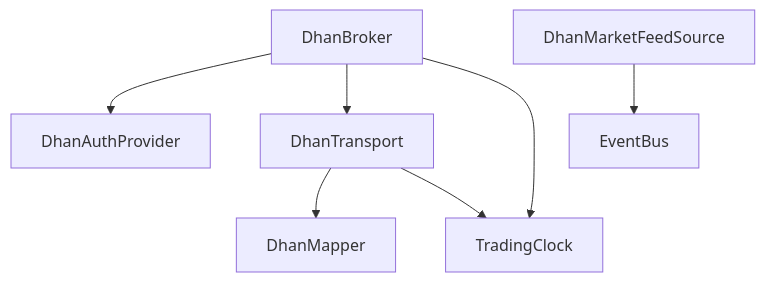
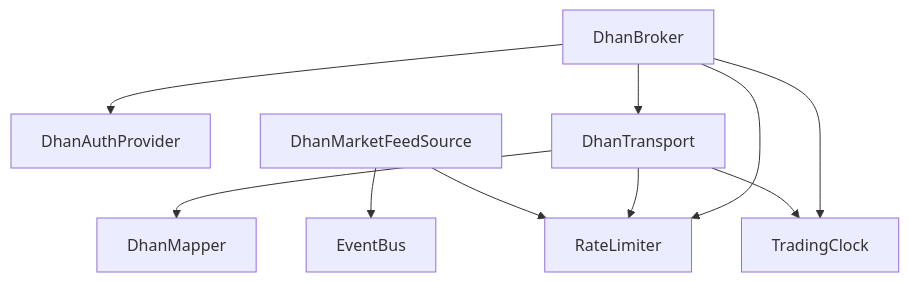
One commit to Ganesh-Kusundal/nTrade changed diagram 11 of 11 in .qoder/repowiki/en/content/Broker Integration/Transport Layer & Connectivity.md. Above: the diagram before and after it, drawn with Mermaid. The commit also changed other lines of this file and 331 other files, not shown here.

````diff
--- a/.qoder/repowiki/en/content/Broker Integration/Transport Layer & Connectivity.md
+++ b/.qoder/repowiki/en/content/Broker Integration/Transport Layer & Connectivity.md
@@ -468,9 +597,12 @@
 ```mermaid
 graph TB
 DB["DhanBroker"] --> AP["DhanAuthProvider"]
 DB --> DT["DhanTransport"]
+DB --> RL["RateLimiter"]
 DT --> DM["DhanMapper"]
+DT --> RL
 DF["DhanMarketFeedSource"] --> EB["EventBus"]
+DF --> RL
 DB --> CL["TradingClock"]
 DT --> CL
 ```
````
